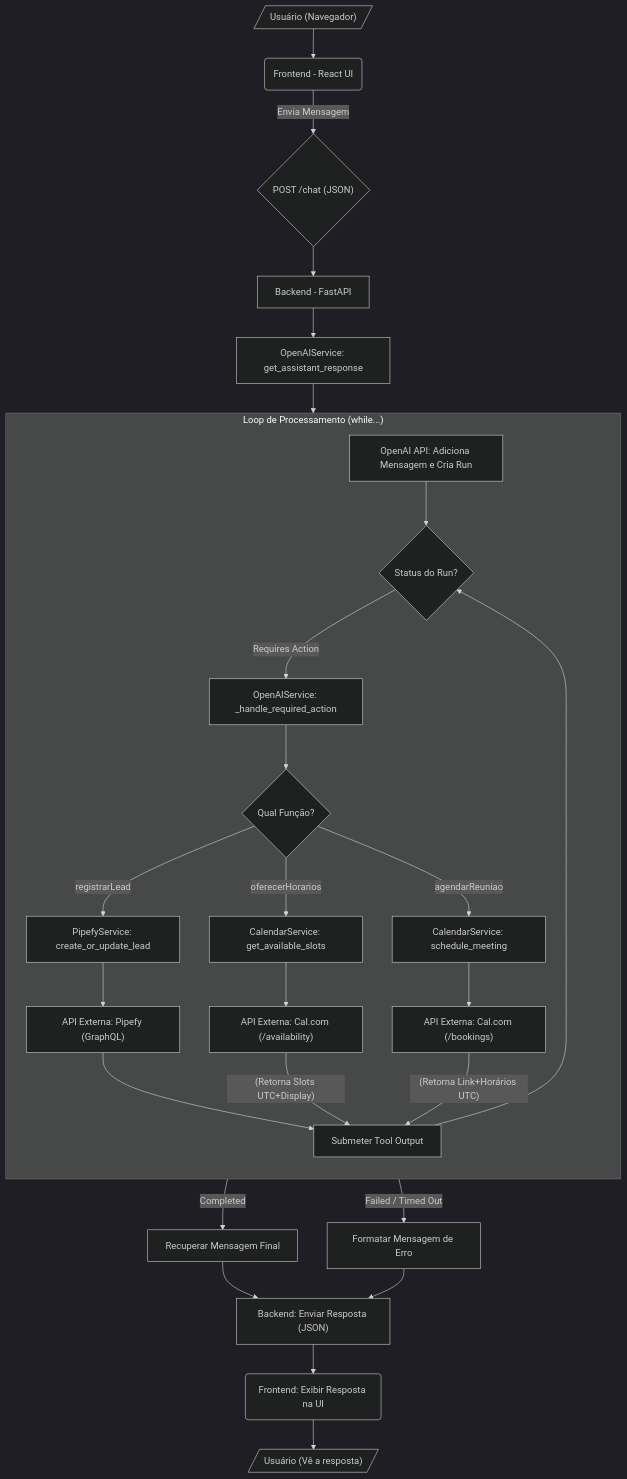
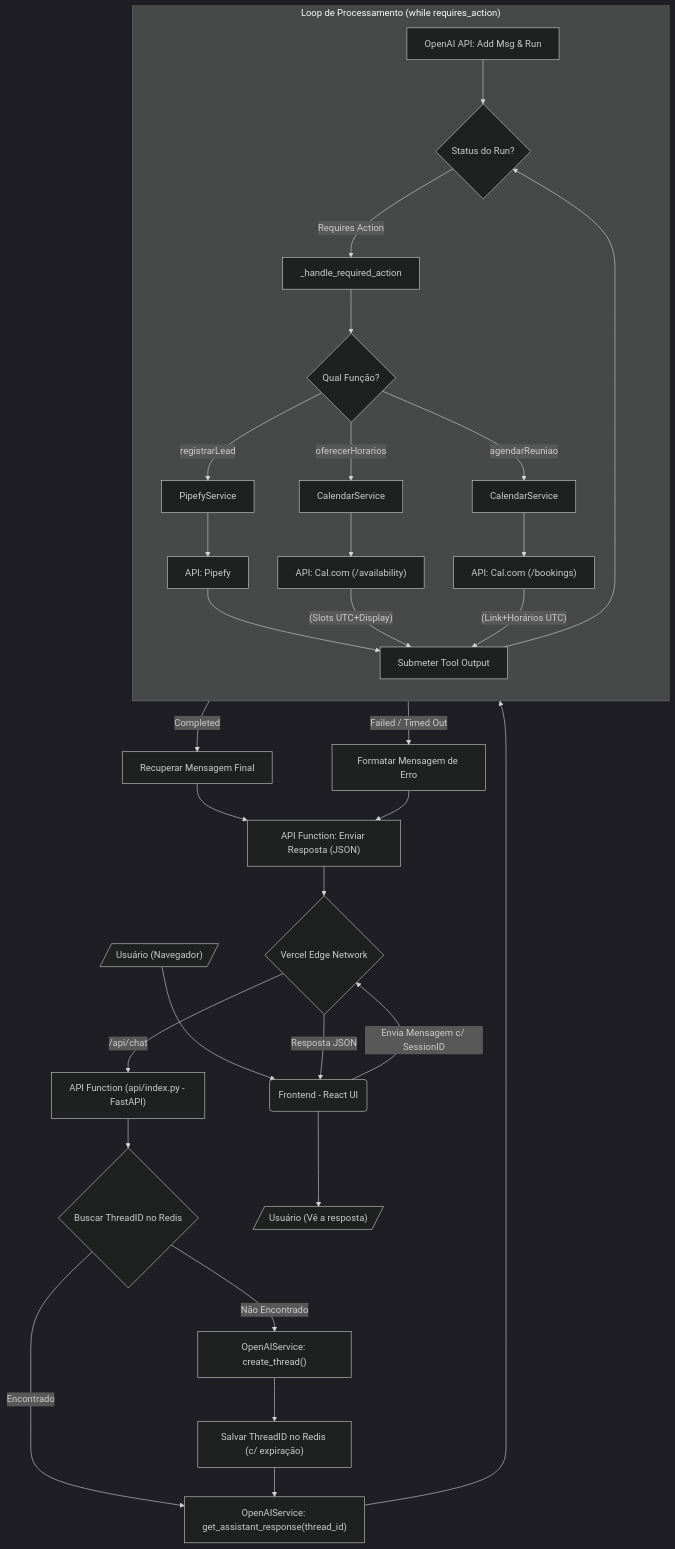
The second of 2 diagrams in README.md (Oseiasdfarias/oseias_desafio_elite_dev_ia), drawn with Mermaid (dark theme) before and after one commit. The commit also changed other lines of this file and 5 other files, not shown here.

First line of the commit message:
docs: Adiciona seção de Demonstração (Deploy Vercel) ao README

````diff
--- a/README.md
+++ b/README.md
@@ -89,40 +84,45 @@
 ```mermaid
 flowchart TD;
     A[/"Usuário (Navegador)"/] --> B("Frontend - React UI");
-    B -- "Envia Mensagem" --> C{"POST /chat (JSON)"};
-    C --> D["Backend - FastAPI"];
-    D --> E["OpenAIService: get_assistant_response"];
-    E --> F["OpenAI API: Adiciona Mensagem e Cria Run"];
+    B -- "Envia Mensagem c/ SessionID" --> C{"Vercel Edge Network"};
+    C -- "/api/chat" --> D["API Function (api/index.py - FastAPI)"];
+    D --> R1{"Buscar ThreadID no Redis"};
+    R1 -- "Não Encontrado" --> R2["OpenAIService: create_thread()"];
+    R2 --> R3["Salvar ThreadID no Redis (c/ expiração)"];
+    R1 -- "Encontrado" --> E["OpenAIService: get_assistant_response(thread_id)"];
+    R3 --> E;
+    E --> F["OpenAI API: Add Msg & Run"];
 
-    subgraph "Loop de Processamento (while...)"
+    subgraph "Loop de Processamento (while requires_action)"
         direction TB;
         F --> G{"Status do Run?"};
-        G -- "Requires Action" --> M["OpenAIService: _handle_required_action"];
+        G -- "Requires Action" --> M["_handle_required_action"];
         M --> N{"Qual Função?"};
 
-        N -- "registrarLead" --> O["PipefyService: create_or_update_lead"];
-        O --> P["API Externa: Pipefy (GraphQL)"];
+        N -- "registrarLead" --> O["PipefyService"];
+        O --> P["API: Pipefy"];
 
-        N -- "oferecerHorarios" --> Q["CalendarService: get_available_slots"];
-        Q --> R["API Externa: Cal.com (/availability)"];
+        N -- "oferecerHorarios" --> Q["CalendarService"];
+        Q --> R["API: Cal.com (/availability)"];
 
-        N -- "agendarReuniao" --> S["CalendarService: schedule_meeting"];
-        S --> T["API Externa: Cal.com (/bookings)"];
+        N -- "agendarReuniao" --> S["CalendarService"];
+        S --> T["API: Cal.com (/bookings)"];
 
         P --> U["Submeter Tool Output"];
-        R -- "(Retorna Slots UTC+Display)" --> U;
-        T -- "(Retorna Link+Horários UTC)" --> U;
+        R -- "(Slots UTC+Display)" --> U;
+        T -- "(Link+Horários UTC)" --> U;
 
         U --> G;
     end;
 
     G -- "Completed" --> H["Recuperar Mensagem Final"];
-    H --> I["Backend: Enviar Resposta (JSON)"];
+    H --> I["API Function: Enviar Resposta (JSON)"];
 
     G -- "Failed / Timed Out" --> L["Formatar Mensagem de Erro"];
     L --> I;
 
-    I --> J("Frontend: Exibir Resposta na UI");
-    J --> K[/"Usuário (Vê a resposta)"/];
+    I --> C;
+    C -- "Resposta JSON" --> B;
+    B --> K[/"Usuário (Vê a resposta)"/];
 
 ```
````
